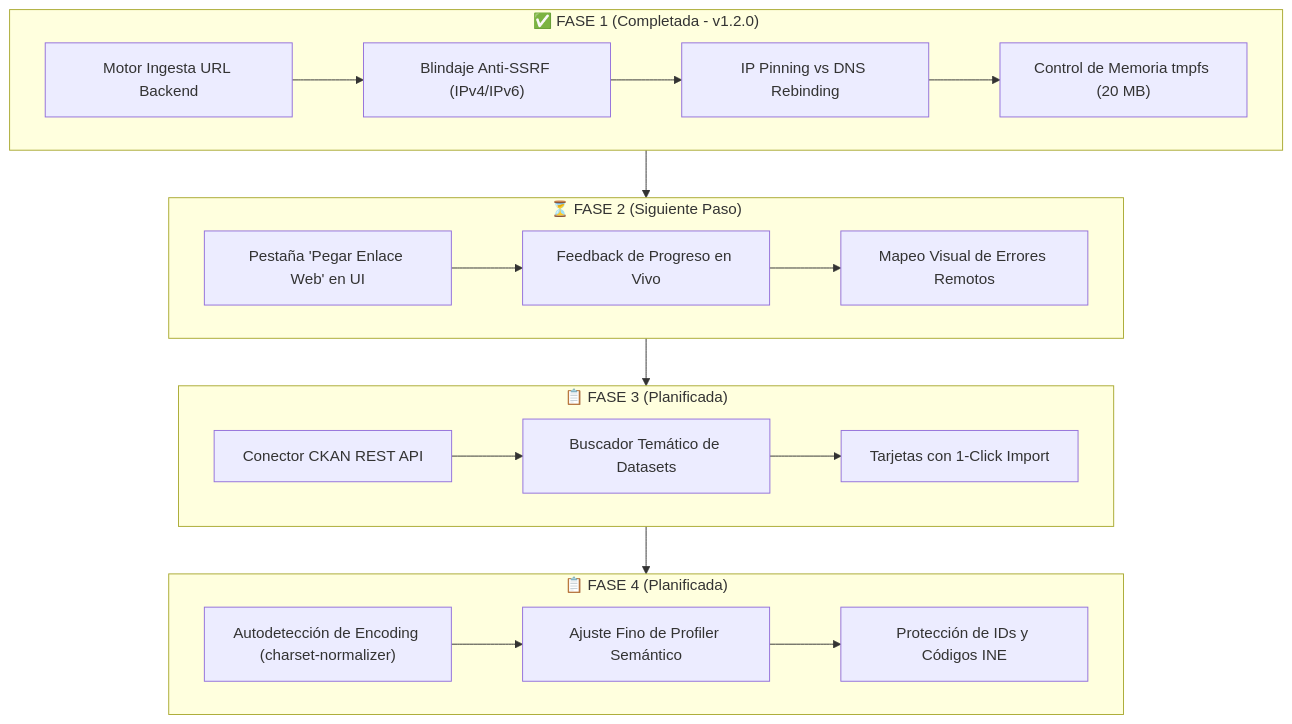
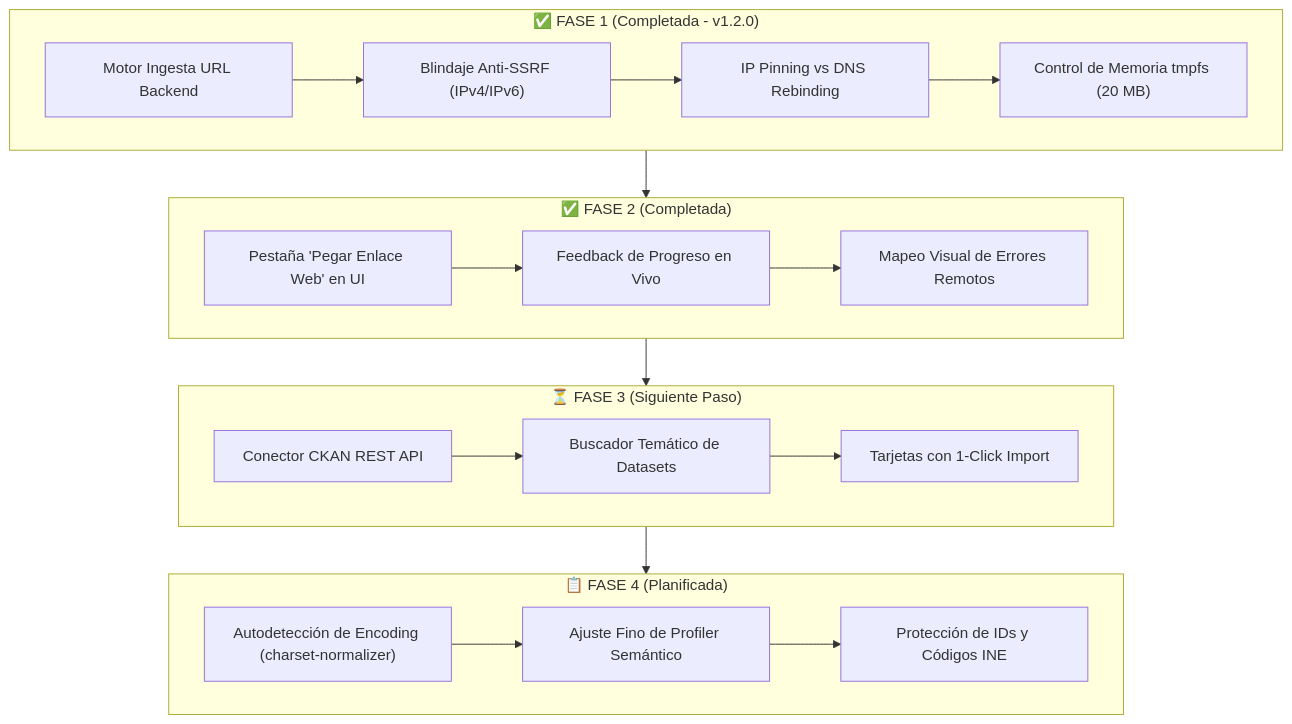
One commit to migueljerico/dataflow-ai changed the diagram in ROADMAP.md. Above: the diagram before and after it, drawn with Mermaid. The commit also changed other lines of this file and 2 other files, not shown here.

Commit message:
feat(frontend): interfaz de ingesta por URL con selector de modo, feedback en vivo y chips de prueba rapida (Fase 2)

````diff
--- a/ROADMAP.md
+++ b/ROADMAP.md
@@ -25,27 +25,27 @@
 ```mermaid
 flowchart TD
     subgraph F1["✅ FASE 1 (Completada - v1.2.0)"]
         A1["Motor Ingesta URL Backend"] --> A2["Blindaje Anti-SSRF (IPv4/IPv6)"]
         A2 --> A3["IP Pinning vs DNS Rebinding"]
         A3 --> A4["Control de Memoria tmpfs (20 MB)"]
     end
 
-    subgraph F2["⏳ FASE 2 (Siguiente Paso)"]
+    subgraph F2["✅ FASE 2 (Completada)"]
         B1["Pestaña 'Pegar Enlace Web' en UI"] --> B2["Feedback de Progreso en Vivo"]
         B2 --> B3["Mapeo Visual de Errores Remotos"]
     end
 
-    subgraph F3["📋 FASE 3 (Planificada)"]
+    subgraph F3["⏳ FASE 3 (Siguiente Paso)"]
         C1["Conector CKAN REST API"] --> C2["Buscador Temático de Datasets"]
         C2 --> C3["Tarjetas con 1-Click Import"]
     end
 
     subgraph F4["📋 FASE 4 (Planificada)"]
         D1["Autodetección de Encoding (charset-normalizer)"] --> D2["Ajuste Fino de Profiler Semántico"]
         D2 --> D3["Protección de IDs y Códigos INE"]
     end
 
     F1 --> F2
     F2 --> F3
     F3 --> F4
 ```
````
